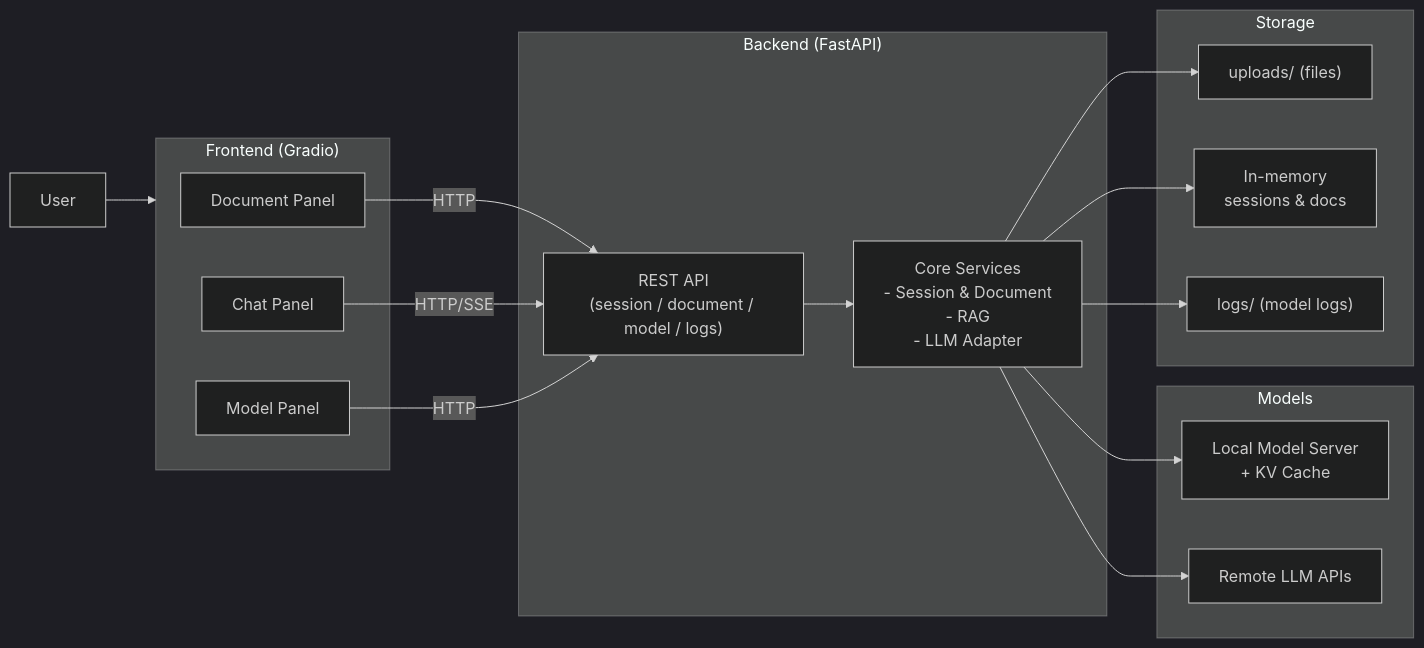
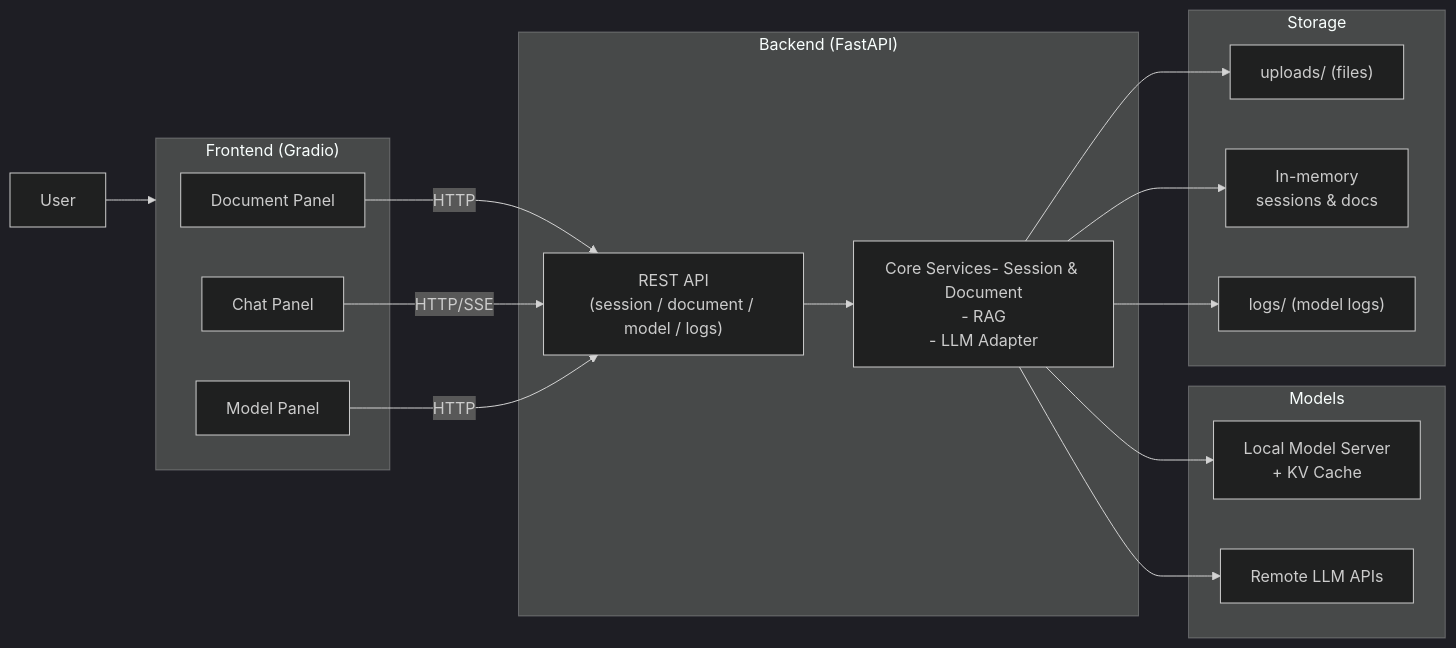
The first of 2 diagrams in docs/arch.md (AnnaHsu-Phison/kvcache-chatbot-lite), drawn with Mermaid (dark theme) before and after one commit. The commit also changed other lines of this file and 1 other file, not shown here.

````diff
--- a/docs/arch.md
+++ b/docs/arch.md
@@ -30,38 +7,38 @@
 ```mermaid
 flowchart LR
     User["User"]
     subgraph FE["Frontend (Gradio)"]
         FE_Doc["Document Panel"]
         FE_Chat["Chat Panel"]
         FE_Model["Model Panel"]
     end
 
     subgraph BE["Backend (FastAPI)"]
         BE_API["REST API\n(session / document / model / logs)"]
-        BE_Core["Core Services\n- Session & Document\n- RAG\n- LLM Adapter"]
+        BE_Core["Core Services- Session & Document\n- RAG\n- LLM Adapter"]
     end
 
     subgraph Models["Models"]
         Local["Local Model Server\n+ KV Cache"]
         Remote["Remote LLM APIs"]
     end
 
     subgraph Storage["Storage"]
         Files["uploads/ (files)"]
         Memory["In-memory\nsessions & docs"]
         Logs["logs/ (model logs)"]
     end
 
     User --> FE
     FE_Doc -->|"HTTP"| BE_API
     FE_Chat -->|"HTTP/SSE"| BE_API
     FE_Model -->|"HTTP"| BE_API
 
     BE_API --> BE_Core
     BE_Core --> Files
     BE_Core --> Memory
     BE_Core --> Logs
 
     BE_Core --> Local
     BE_Core --> Remote
 ```
````
